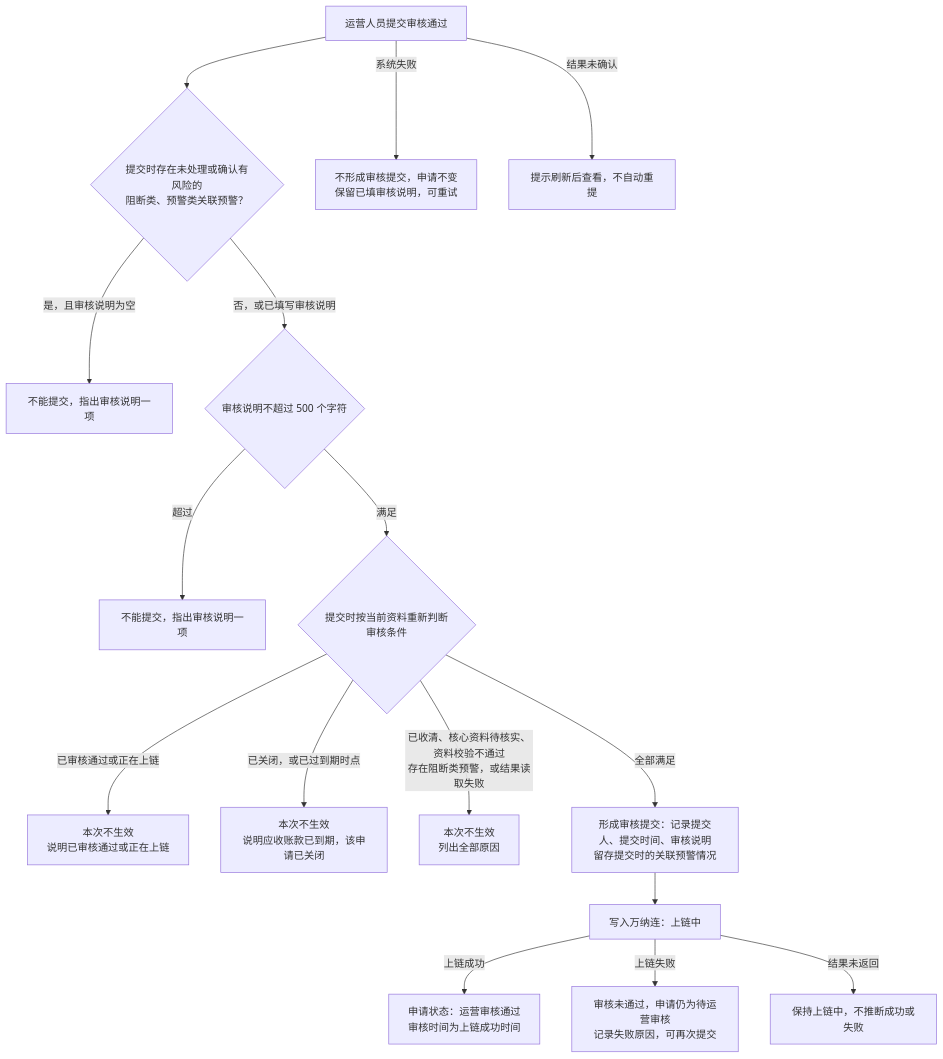
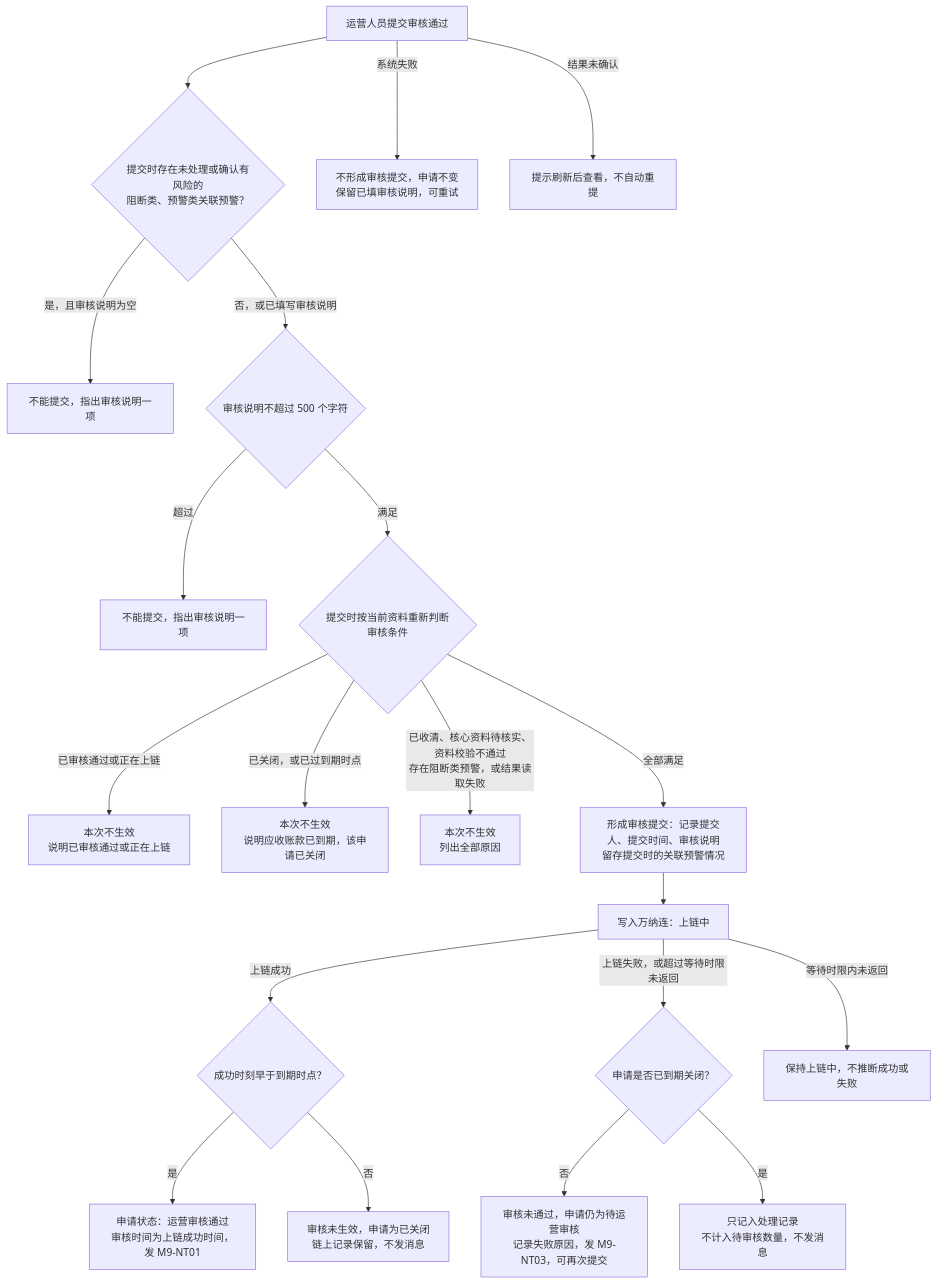
Before and after one commit to wxblockchain/Chain-Financing: the second of 4 diagrams in asset-trust-platform/PRD/运营端/M9-运营审核/02-运营审核-流程图与状态机.md, drawn with Mermaid. The commit also changed other lines of this file and 4 other files, not shown here.

````diff
--- a/asset-trust-platform/PRD/运营端/M9-运营审核/02-运营审核-流程图与状态机.md
+++ b/asset-trust-platform/PRD/运营端/M9-运营审核/02-运营审核-流程图与状态机.md
@@ -42,18 +42,22 @@
 ```mermaid
 flowchart TD
     A[运营人员提交审核通过] --> B{提交时存在未处理或确认有风险的<br/>阻断类、预警类关联预警？}
     B -->|是，且审核说明为空| B1[不能提交，指出审核说明一项]
     B -->|否，或已填写审核说明| B2{审核说明不超过 500 个字符}
     B2 -->|超过| B3[不能提交，指出审核说明一项]
     B2 -->|满足| C{提交时按当前资料重新判断审核条件}
     C -->|已审核通过或正在上链| C1[本次不生效<br/>说明已审核通过或正在上链]
     C -->|已关闭，或已过到期时点| C2[本次不生效<br/>说明应收账款已到期，该申请已关闭]
     C -->|已收清、核心资料待核实、资料校验不通过<br/>存在阻断类预警，或结果读取失败| C3[本次不生效<br/>列出全部原因]
     C -->|全部满足| D[形成审核提交：记录提交人、提交时间、审核说明<br/>留存提交时的关联预警情况]
     D --> E[写入万纳连：上链中]
-    E -->|上链成功| S[申请状态：运营审核通过<br/>审核时间为上链成功时间]
-    E -->|上链失败| X[审核未通过，申请仍为待运营审核<br/>记录失败原因，可再次提交]
-    E -->|结果未返回| W[保持上链中，不推断成功或失败]
+    E -->|上链成功| T{成功时刻早于到期时点？}
+    T -->|是| S[申请状态：运营审核通过<br/>审核时间为上链成功时间，发 M9-NT01]
+    T -->|否| S2[审核未生效，申请为已关闭<br/>链上记录保留，不发消息]
+    E -->|上链失败，或超过等待时限未返回| U{申请是否已到期关闭？}
+    U -->|否| X[审核未通过，申请仍为待运营审核<br/>记录失败原因，发 M9-NT03，可再次提交]
+    U -->|是| X2[只记入处理记录<br/>不计入待审核数量，不发消息]
+    E -->|等待时限内未返回| W[保持上链中，不推断成功或失败]
     A -->|系统失败| F[不形成审核提交，申请不变<br/>保留已填审核说明，可重试]
     A -->|结果未确认| G[提示刷新后查看，不自动重提]
 ```
````
